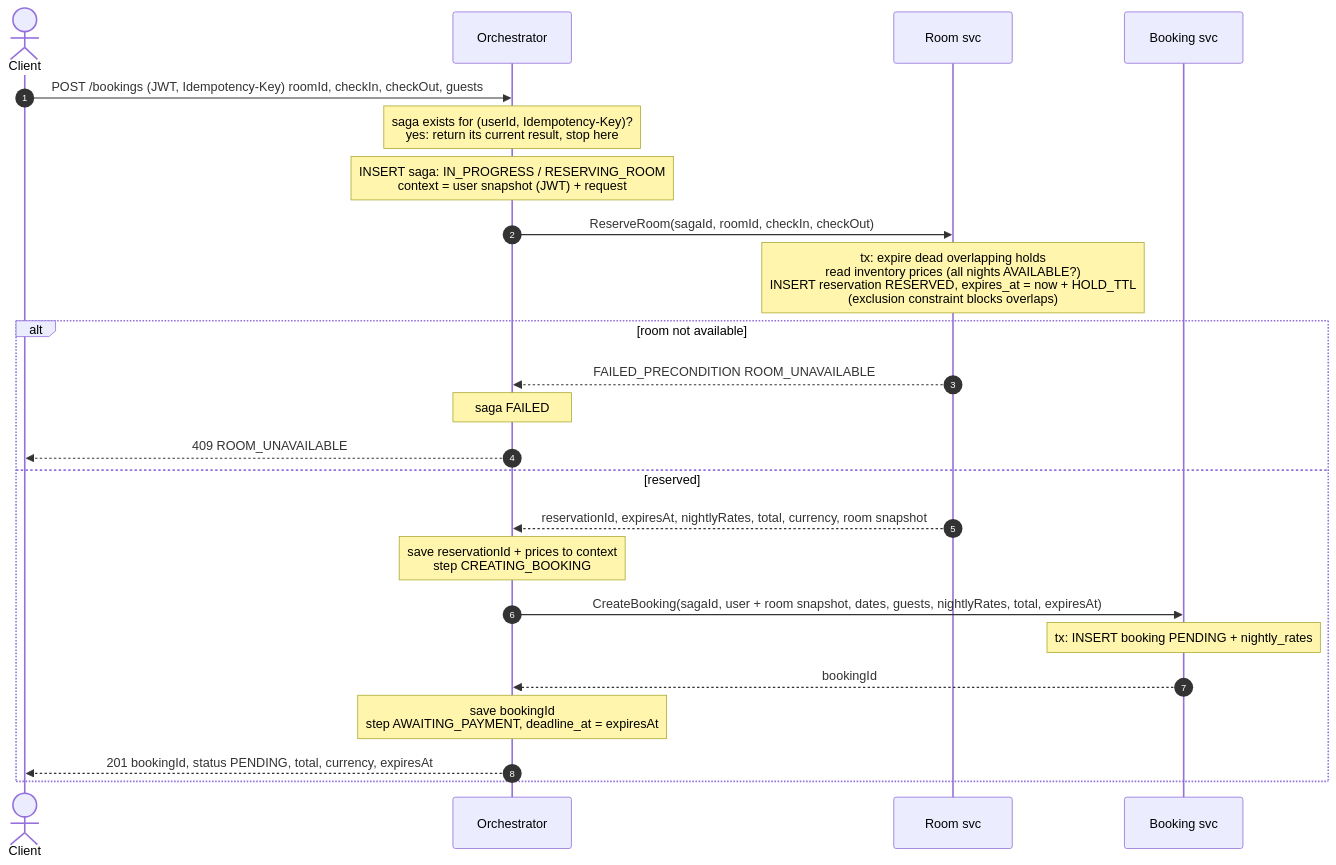
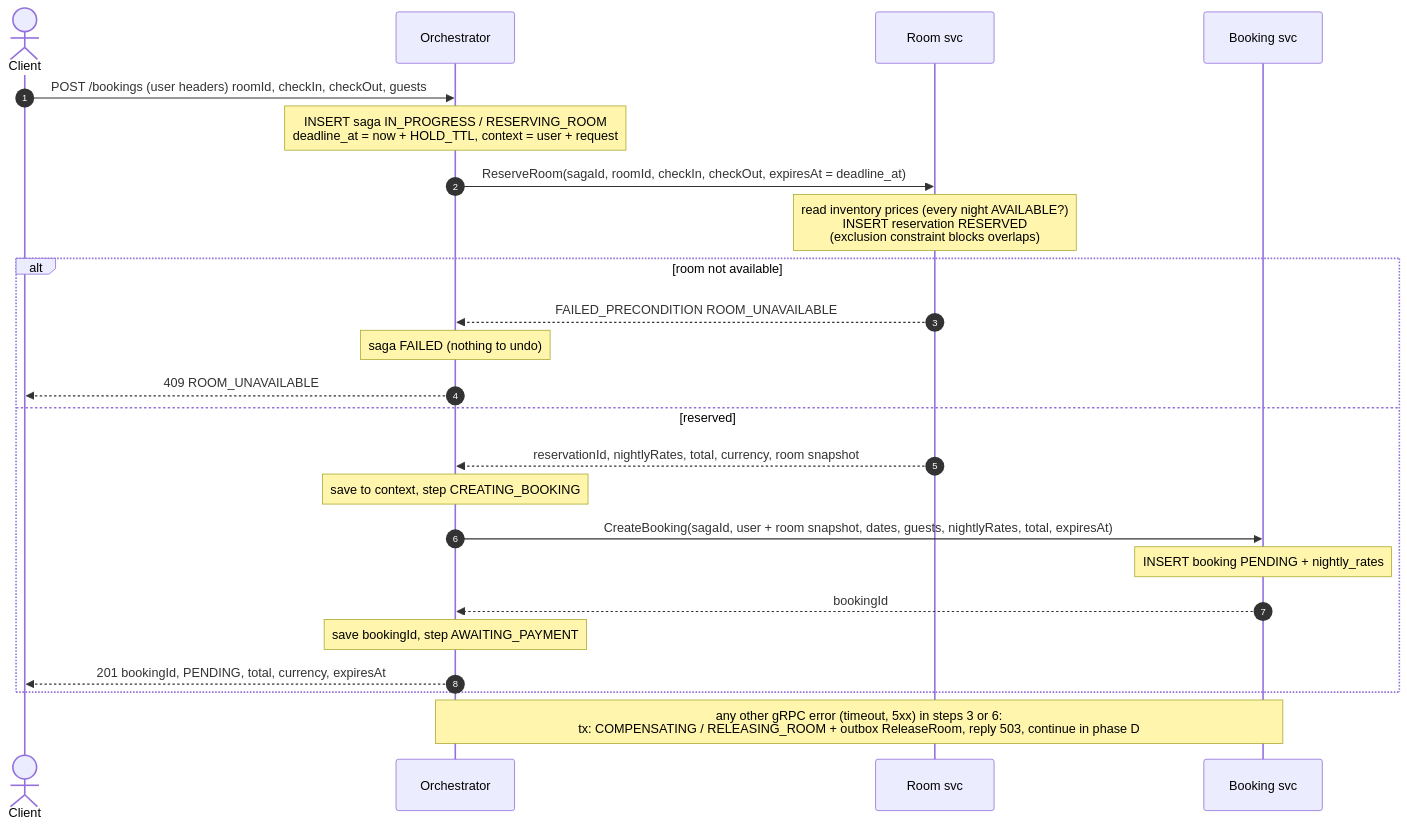
The first of 5 diagrams in doc/uc1-create-booking/flows.md (TranQuangPhong/hotel-booking-hexagon), drawn with Mermaid before and after one commit. The commit also changed other lines of this file and 12 other files, not shown here.

````diff
--- a/doc/uc1-create-booking/flows.md
+++ b/doc/uc1-create-booking/flows.md
@@ -15,27 +12,27 @@
 ```mermaid
 sequenceDiagram
     autonumber
     actor C as Client
     participant O as Orchestrator
     participant R as Room svc
     participant B as Booking svc
 
-    C->>O: POST /bookings (JWT, Idempotency-Key) roomId, checkIn, checkOut, guests
-    Note over O: saga exists for (userId, Idempotency-Key)?<br/>yes: return its current result, stop here
-    Note over O: INSERT saga: IN_PROGRESS / RESERVING_ROOM<br/>context = user snapshot (JWT) + request
-    O->>R: ReserveRoom(sagaId, roomId, checkIn, checkOut)
-    Note over R: tx: expire dead overlapping holds<br/>read inventory prices (all nights AVAILABLE?)<br/>INSERT reservation RESERVED, expires_at = now + HOLD_TTL<br/>(exclusion constraint blocks overlaps)
+    C->>O: POST /bookings (user headers) roomId, checkIn, checkOut, guests
+    Note over O: INSERT saga IN_PROGRESS / RESERVING_ROOM<br/>deadline_at = now + HOLD_TTL, context = user + request
+    O->>R: ReserveRoom(sagaId, roomId, checkIn, checkOut, expiresAt = deadline_at)
+    Note over R: read inventory prices (every night AVAILABLE?)<br/>INSERT reservation RESERVED<br/>(exclusion constraint blocks overlaps)
     alt room not available
         R-->>O: FAILED_PRECONDITION ROOM_UNAVAILABLE
-        Note over O: saga FAILED
+        Note over O: saga FAILED (nothing to undo)
         O-->>C: 409 ROOM_UNAVAILABLE
     else reserved
-        R-->>O: reservationId, expiresAt, nightlyRates, total, currency, room snapshot
-        Note over O: save reservationId + prices to context<br/>step CREATING_BOOKING
+        R-->>O: reservationId, nightlyRates, total, currency, room snapshot
+        Note over O: save to context, step CREATING_BOOKING
         O->>B: CreateBooking(sagaId, user + room snapshot, dates, guests, nightlyRates, total, expiresAt)
-        Note over B: tx: INSERT booking PENDING + nightly_rates
+        Note over B: INSERT booking PENDING + nightly_rates
         B-->>O: bookingId
-        Note over O: save bookingId<br/>step AWAITING_PAYMENT, deadline_at = expiresAt
-        O-->>C: 201 bookingId, status PENDING, total, currency, expiresAt
+        Note over O: save bookingId, step AWAITING_PAYMENT
+        O-->>C: 201 bookingId, PENDING, total, currency, expiresAt
     end
+    Note over O,B: any other gRPC error (timeout, 5xx) in steps 3 or 6:<br/>tx: COMPENSATING / RELEASING_ROOM + outbox ReleaseRoom, reply 503, continue in phase D
 ```
````
